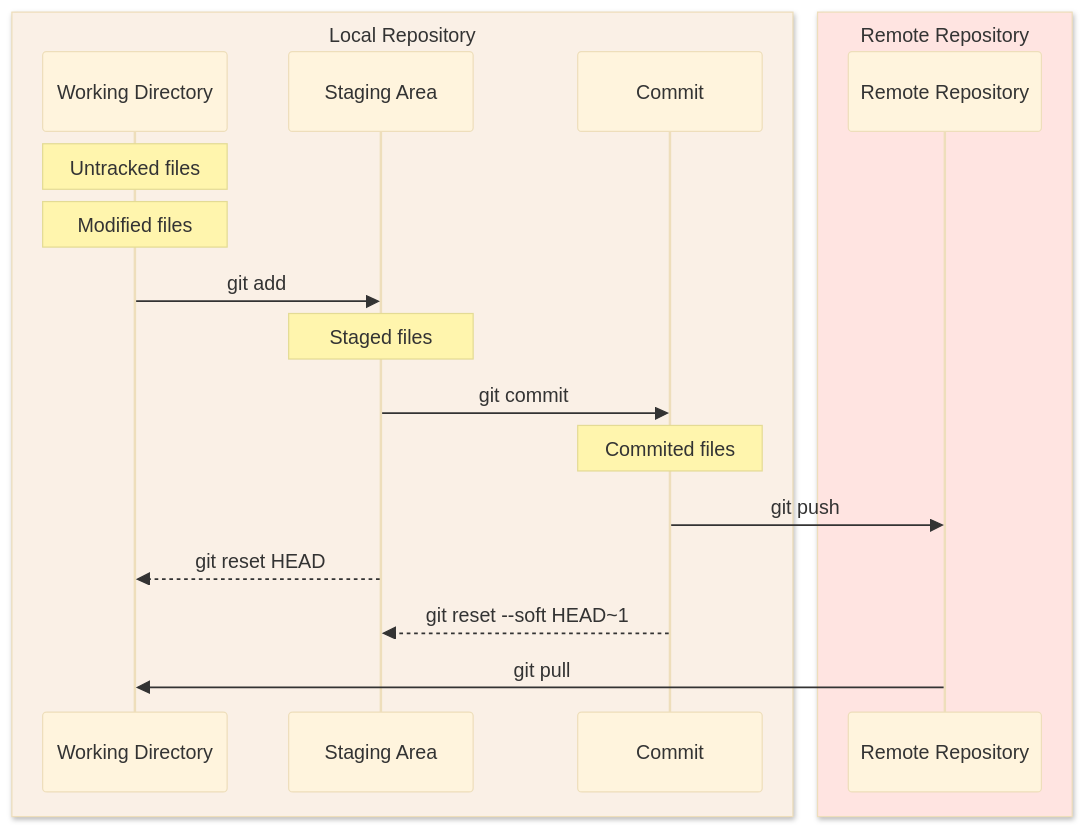
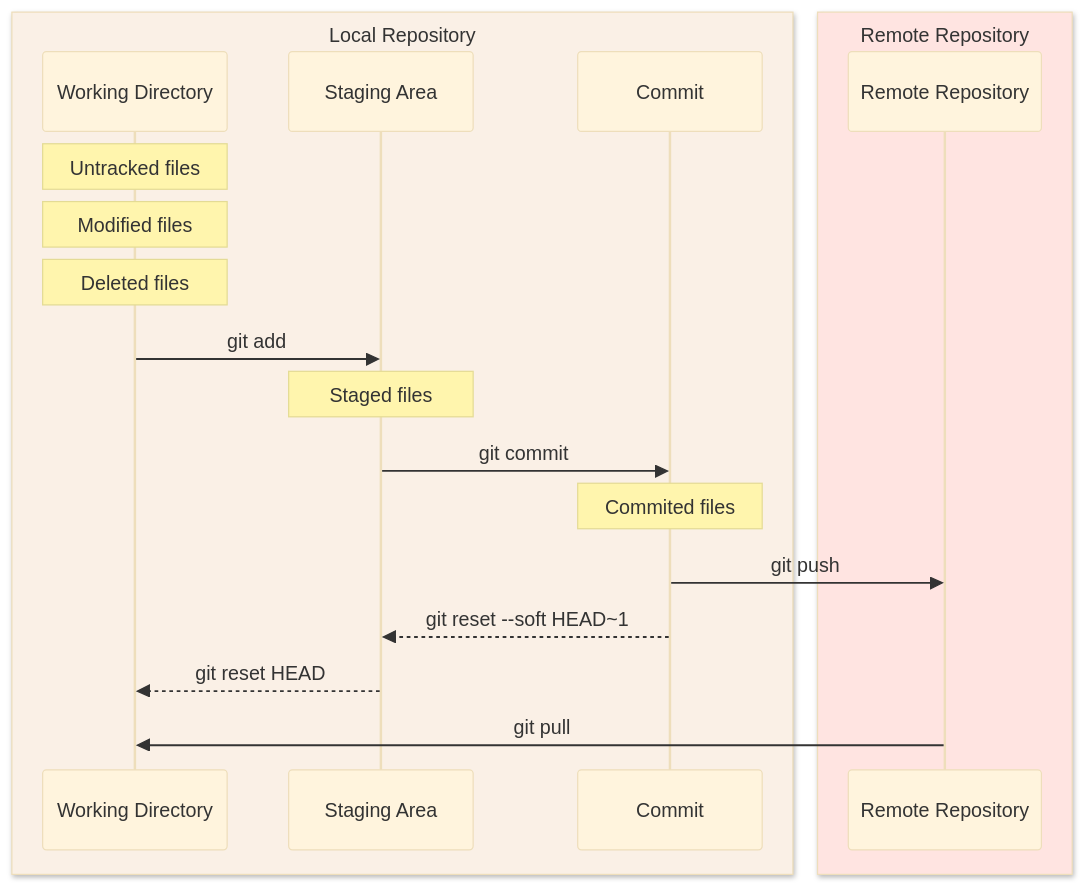
Before and after one commit to cheomanigua/webdocse: the second of 2 diagrams in content/docs/git.md, drawn with Mermaid (base theme). The commit also changed other lines of this file and 1 other file, not shown here.

````diff
--- a/content/docs/git.md
+++ b/content/docs/git.md
@@ -220,21 +220,22 @@
 ```mermaid
 sequenceDiagram
 box linen Local Repository
 participant Working Directory
 participant Staging Area
 participant Commit
 end
 box mistyrose Remote Repository
 participant Remote Repository
 end
 Note over Working Directory: Untracked files
 Note over Working Directory: Modified files
+Note over Working Directory: Deleted files
 Working Directory->>Staging Area: git add
 Note over Staging Area: Staged files
 Staging Area->>Commit: git commit
 Note over Commit: Commited files
 Commit->>Remote Repository: git push
+Commit-->>Staging Area: git reset --soft HEAD~1
 Staging Area-->> Working Directory: git reset HEAD
-Commit-->>Staging Area: git reset --soft HEAD~1
 Remote Repository->>Working Directory: git pull
 ```
````
